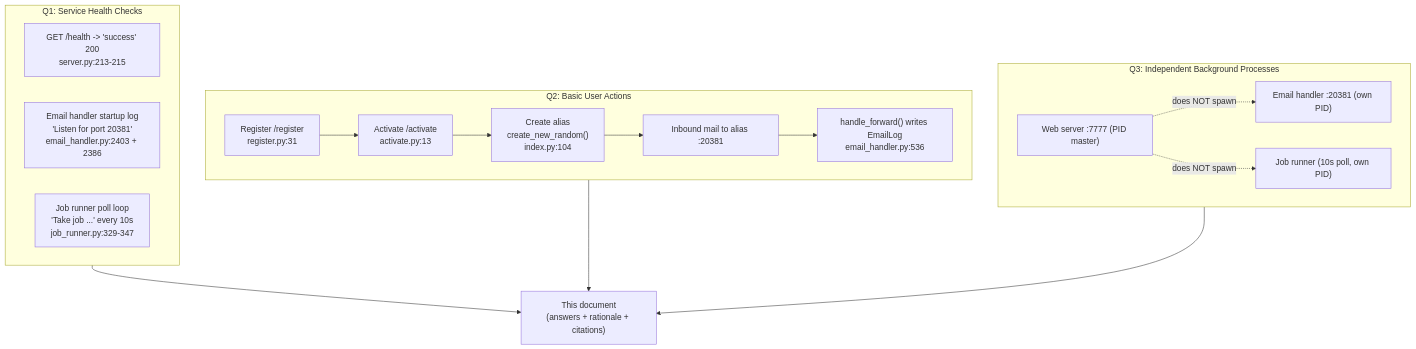
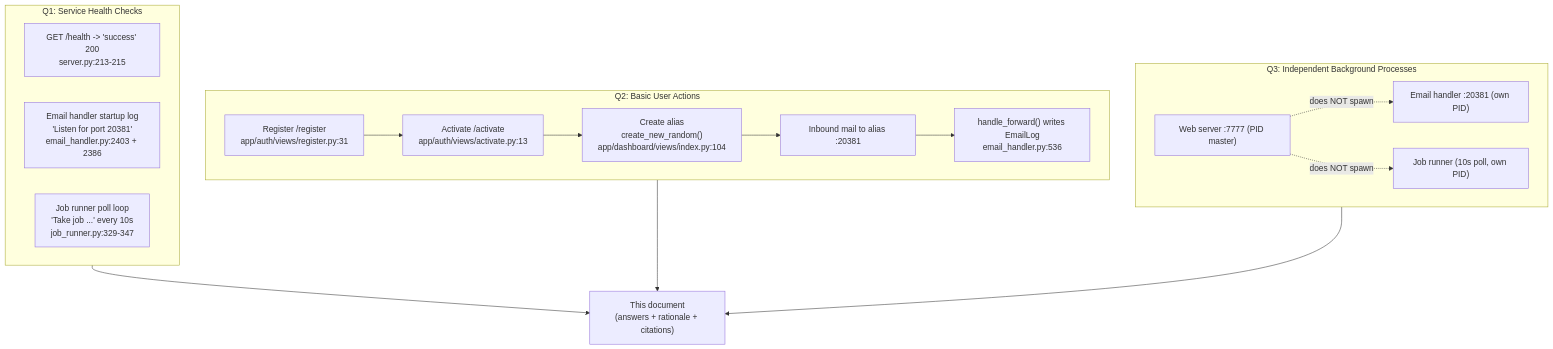
Before and after one commit to blitzy-research/app: the diagram in blitzy/documentation/app_2cd6ee777f8c.md, drawn with Mermaid. The commit also changed other lines of this file, not shown here.

````diff
--- a/blitzy/documentation/app_2cd6ee777f8c.md
+++ b/blitzy/documentation/app_2cd6ee777f8c.md
@@ -62,27 +62,27 @@
 ```mermaid
 flowchart TD
     subgraph Verify["Q1: Service Health Checks"]
         H1["GET /health -> 'success' 200<br/>server.py:213-215"]
         H2["Email handler startup log<br/>'Listen for port 20381'<br/>email_handler.py:2403 + 2386"]
         H3["Job runner poll loop<br/>'Take job ...' every 10s<br/>job_runner.py:329-347"]
     end
 
     subgraph Flow["Q2: Basic User Actions"]
-        A1["Register /register<br/>register.py:31"] --> A2["Activate /activate<br/>activate.py:13"]
-        A2 --> A3["Create alias<br/>create_new_random()<br/>index.py:104"]
+        A1["Register /register<br/>app/auth/views/register.py:31"] --> A2["Activate /activate<br/>app/auth/views/activate.py:13"]
+        A2 --> A3["Create alias<br/>create_new_random()<br/>app/dashboard/views/index.py:104"]
         A3 --> A4["Inbound mail to alias :20381"]
         A4 --> A5["handle_forward() writes EmailLog<br/>email_handler.py:536"]
     end
 
     subgraph Bg["Q3: Independent Background Processes"]
         P1["Web server :7777 (PID master)"]
         P2["Email handler :20381 (own PID)"]
         P3["Job runner (10s poll, own PID)"]
         P1 -. "does NOT spawn" .-> P2
         P1 -. "does NOT spawn" .-> P3
     end
 
     Verify --> Doc["This document<br/>(answers + rationale + citations)"]
     Flow --> Doc
     Bg --> Doc
 ```
````
